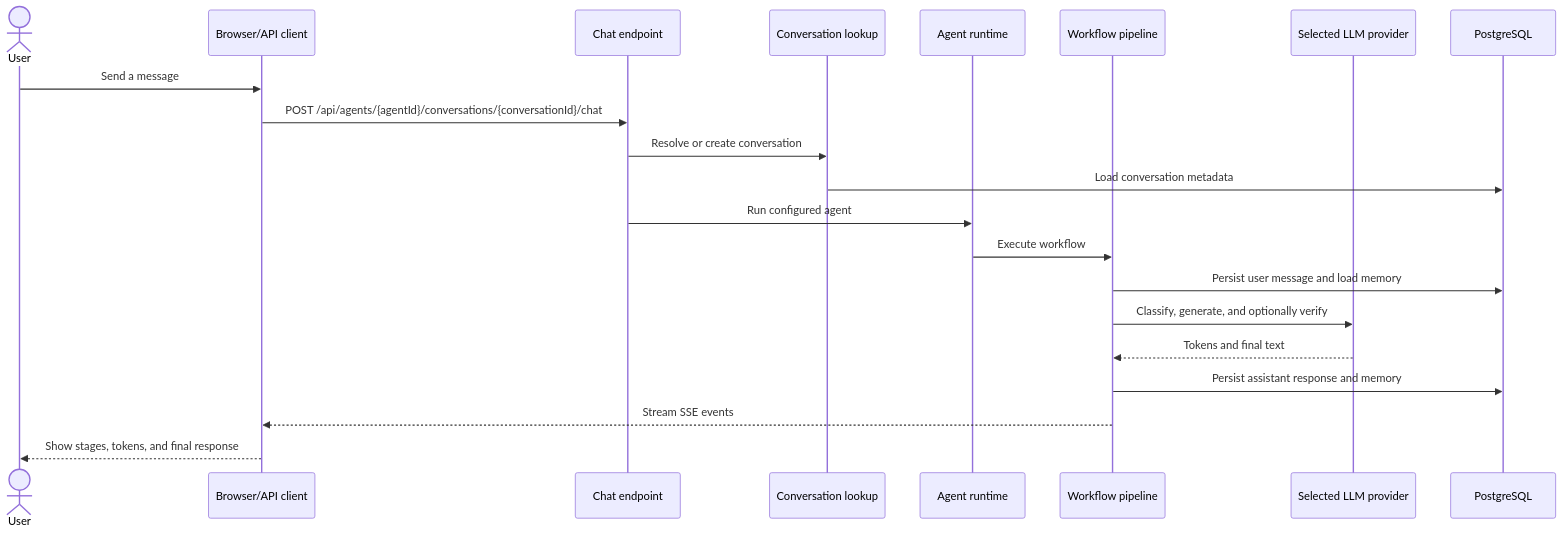
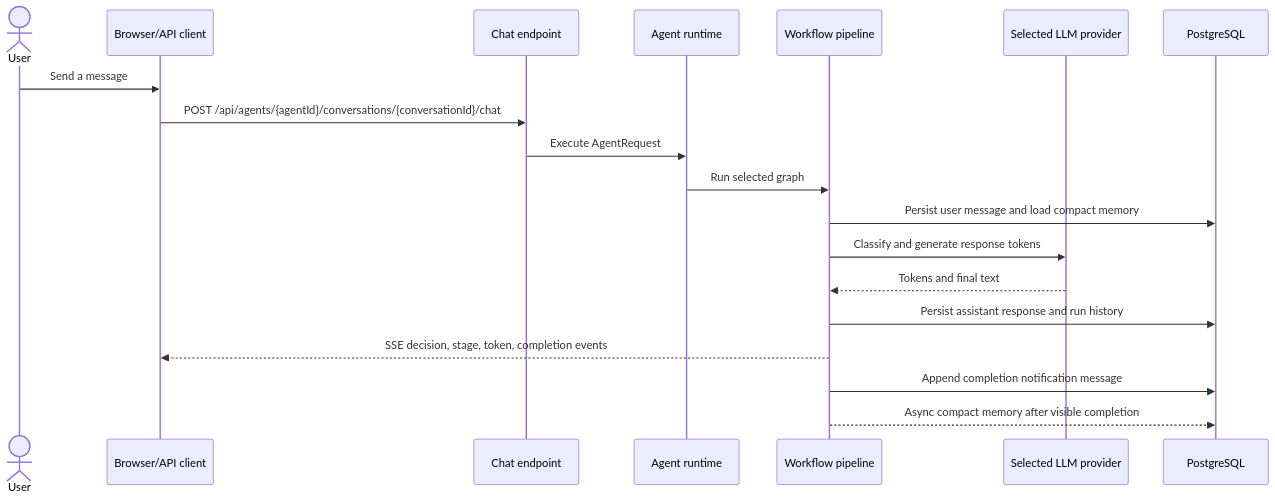
One commit to melmedany/workflow-ai changed the third of 3 diagrams in README.md. Above: the diagram before and after it, drawn with Mermaid. The commit also changed other lines of this file and 112 other files, not shown here.

Commit message:
introduce agent runs, introduce guiderails, fix memory loading bugs, rename files and packages, and improve UI

````diff
--- a/README.md
+++ b/README.md
@@ -117,23 +106,21 @@
 ```mermaid
 sequenceDiagram
     actor User
     participant UI as Browser/API client
     participant Chat as Chat endpoint
-    participant Conversation as Conversation lookup
     participant Agent as Agent runtime
     participant Pipeline as Workflow pipeline
     participant LLM as Selected LLM provider
     participant DB as PostgreSQL
     User ->> UI: Send a message
     UI ->> Chat: POST /api/agents/{agentId}/conversations/{conversationId}/chat
-    Chat ->> Conversation: Resolve or create conversation
-    Conversation ->> DB: Load conversation metadata
-    Chat ->> Agent: Run configured agent
-    Agent ->> Pipeline: Execute workflow
-    Pipeline ->> DB: Persist user message and load memory
-    Pipeline ->> LLM: Classify, generate, and optionally verify
+    Chat ->> Agent: Execute AgentRequest
+    Agent ->> Pipeline: Run selected graph
+    Pipeline ->> DB: Persist user message and load compact memory
+    Pipeline ->> LLM: Classify and generate response tokens
     LLM -->> Pipeline: Tokens and final text
-    Pipeline ->> DB: Persist assistant response and memory
-    Pipeline -->> UI: Stream SSE events
-    UI -->> User: Show stages, tokens, and final response
+    Pipeline ->> DB: Persist assistant response and run history
+    Pipeline -->> UI: SSE decision, stage, token, completion events
+    Pipeline ->> DB: Append completion notification message
+    Pipeline -->> DB: Async compact memory after visible completion
 ```
````
